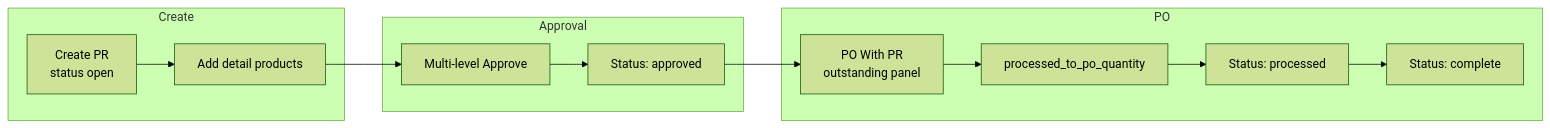
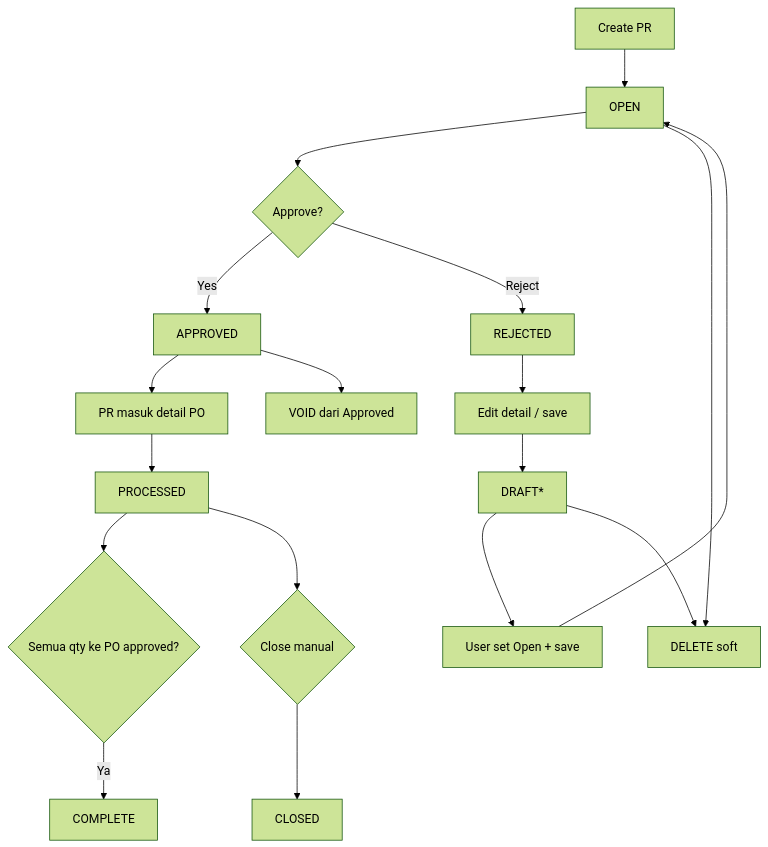
Before and after one commit to yendyr/olshoperp-docs: the first of 4 diagrams in qa-docs/supplychain-purchase-requisition/requirement.md, drawn with Mermaid (forest theme). The commit also changed other lines of this file and 84 other files, not shown here.

````diff
--- a/qa-docs/supplychain-purchase-requisition/requirement.md
+++ b/qa-docs/supplychain-purchase-requisition/requirement.md
@@ -62,19 +54,20 @@
 ```mermaid
-flowchart LR
-    subgraph Create
-        A["Create PR\nstatus open"]
-        B["Add detail products"]
-    end
-    subgraph Approval
-        C["Multi-level Approve"]
-        D["Status: approved"]
-    end
-    subgraph PO
-        E["PO With PR\noutstanding panel"]
-        F["processed_to_po_quantity"]
-        G["Status: processed"]
-        H["Status: complete"]
-    end
-
-    A --> B --> C --> D --> E --> F --> G --> H
+flowchart TD
+    A[Create PR] --> B[OPEN]
+    B --> C{Approve?}
+    C -->|Yes| D[APPROVED]
+    C -->|Reject| E[REJECTED]
+    E --> F[Edit detail / save]
+    F --> G[DRAFT*]
+    G --> H[User set Open + save]
+    H --> B
+    D --> I[PR masuk detail PO]
+    I --> J[PROCESSED]
+    J --> K{Semua qty ke PO approved?}
+    K -->|Ya| L[COMPLETE]
+    J --> M{Close manual}
+    M --> N[CLOSED]
+    D --> O[VOID dari Approved]
+    B --> P[DELETE soft]
+    G --> P
 ```
````
